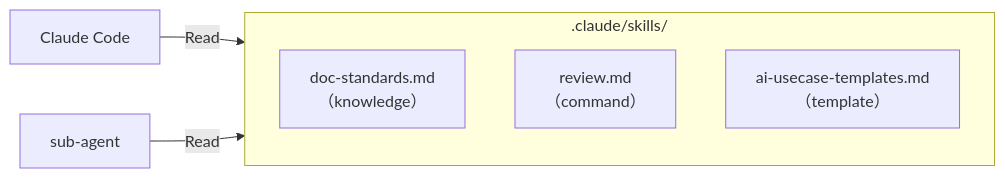
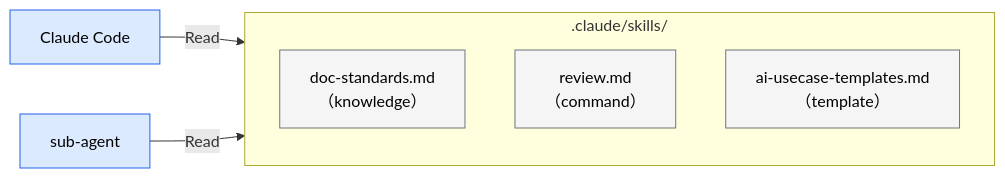
The first of 48 diagrams in AI駆動開発.md (takuma39/ai), drawn with Mermaid before and after one commit. The commit also changed other lines of this file, not shown here.

````diff
--- a/AI駆動開発.md
+++ b/AI駆動開発.md
@@ -38,11 +38,17 @@
 ```mermaid
 flowchart LR
     subgraph SkillsDir[".claude/skills/"]
         K["doc-standards.md<br/>（knowledge）"]
         C["review.md<br/>（command）"]
         T["ai-usecase-templates.md<br/>（template）"]
     end
 
     CC["Claude Code"] -->|Read| SkillsDir
     SA["sub-agent"] -->|Read| SkillsDir
+
+    style K fill:#f5f5f5,stroke:#6c757d,color:#000
+    style C fill:#f5f5f5,stroke:#6c757d,color:#000
+    style T fill:#f5f5f5,stroke:#6c757d,color:#000
+    style CC fill:#dbeafe,stroke:#2563eb,color:#000
+    style SA fill:#dbeafe,stroke:#2563eb,color:#000
 ```
````
